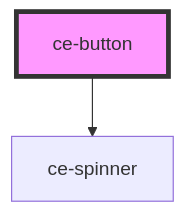
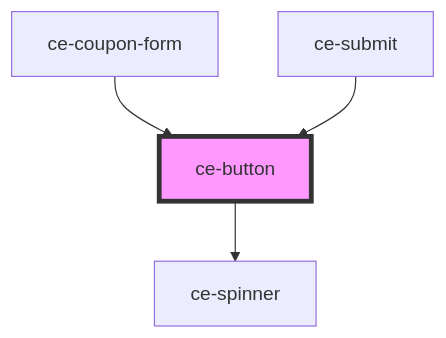
Before and after one commit to surecart/surecart-wp-plugin: the diagram in packages/components/src/components/ui/button/readme.md, drawn with Mermaid. The commit also changed other lines of this file and 70 other files, not shown here.

````diff
--- a/packages/components/src/components/ui/button/readme.md
+++ b/packages/components/src/components/ui/button/readme.md
@@ -49,5 +57,7 @@
 ```mermaid
 graph TD;
   ce-button --> ce-spinner
+  ce-coupon-form --> ce-button
+  ce-submit --> ce-button
   style ce-button fill:#f9f,stroke:#333,stroke-width:4px
 ```
````
